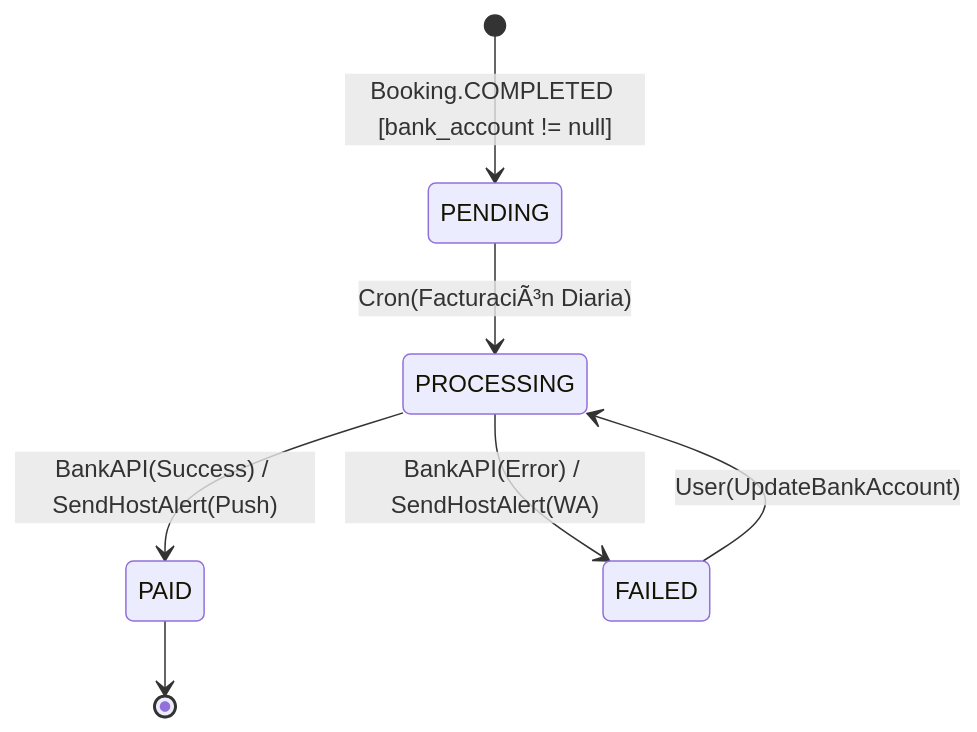
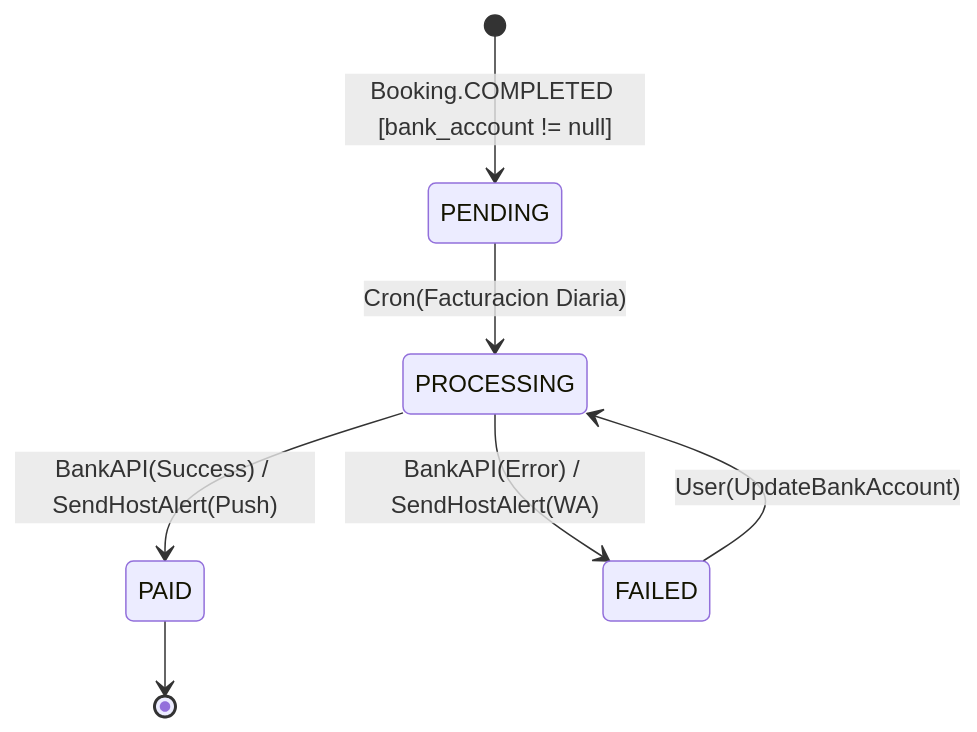
One commit to camilolayos54-dotcom/NosFuimosdeFinca changed the second of 4 diagrams in docs/04-system-modeling/08.State_Machine_Diagrams/state_machine_diagrams.md. Above: the diagram before and after it, drawn with Mermaid. The commit also changed other lines of this file and 62 other files, not shown here.

````diff
--- a/docs/04-system-modeling/08.State_Machine_Diagrams/state_machine_diagrams.md
+++ b/docs/04-system-modeling/08.State_Machine_Diagrams/state_machine_diagrams.md
@@ -40,13 +40,13 @@
 ```mermaid
 stateDiagram-v2
     [*] --> PENDING : Booking.COMPLETED [bank_account != null]
 
-    PENDING --> PROCESSING : Cron(FacturaciÃ³n Diaria)
+    PENDING --> PROCESSING : Cron(Facturacion Diaria)
     
     PROCESSING --> PAID : BankAPI(Success) / SendHostAlert(Push)
     PROCESSING --> FAILED : BankAPI(Error) / SendHostAlert(WA)
     
     FAILED --> PROCESSING : User(UpdateBankAccount)
     
     PAID --> [*]
 ```
````
